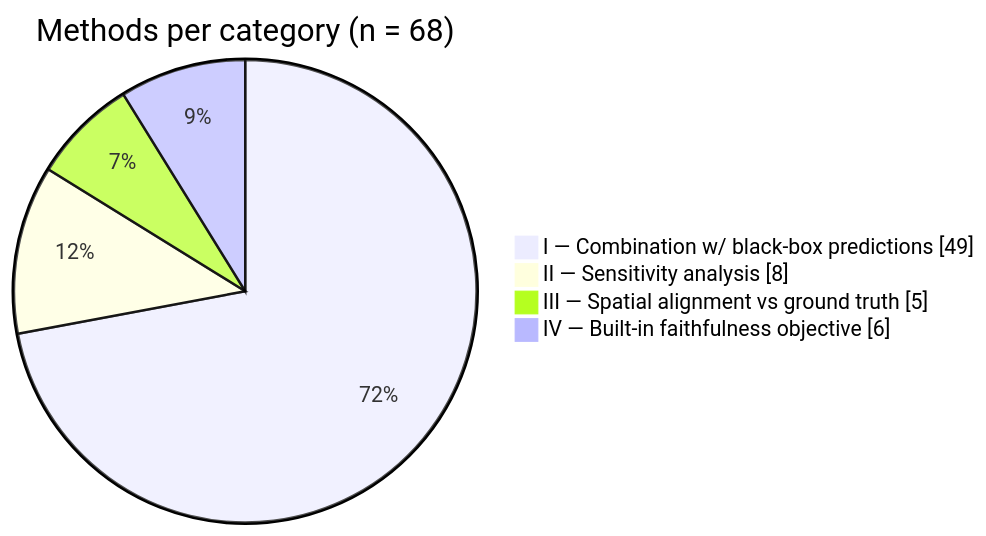
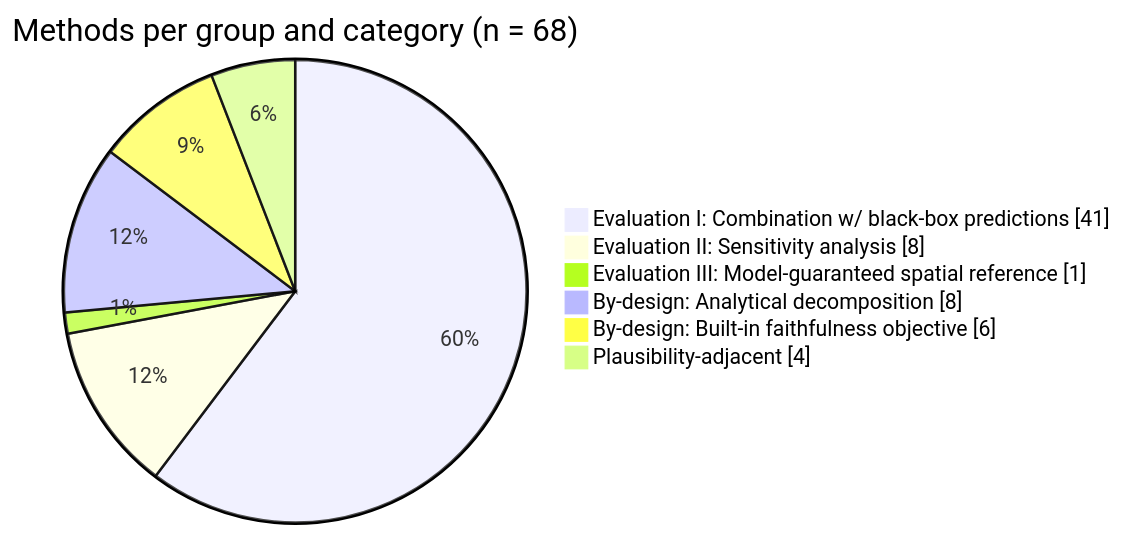
One commit to nasskall/xai-faithfulness-taxonomy changed the diagram in README.md. Above: the diagram before and after it, drawn with Mermaid. The commit also changed other lines of this file and 6 other files, not shown here.

````diff
--- a/README.md
+++ b/README.md
@@ -77,8 +136,10 @@
 ```mermaid
 pie showData
-    title Methods per category (n = 68)
-    "I — Combination w/ black-box predictions" : 49
-    "II — Sensitivity analysis" : 8
-    "III — Spatial alignment vs ground truth" : 5
-    "IV — Built-in faithfulness objective" : 6
+    title Methods per group and category (n = 68)
+    "Evaluation I: Combination w/ black-box predictions" : 41
+    "Evaluation II: Sensitivity analysis" : 8
+    "Evaluation III: Model-guaranteed spatial reference" : 1
+    "By-design: Analytical decomposition" : 8
+    "By-design: Built-in faithfulness objective" : 6
+    "Plausibility-adjacent" : 4
 ```
````
